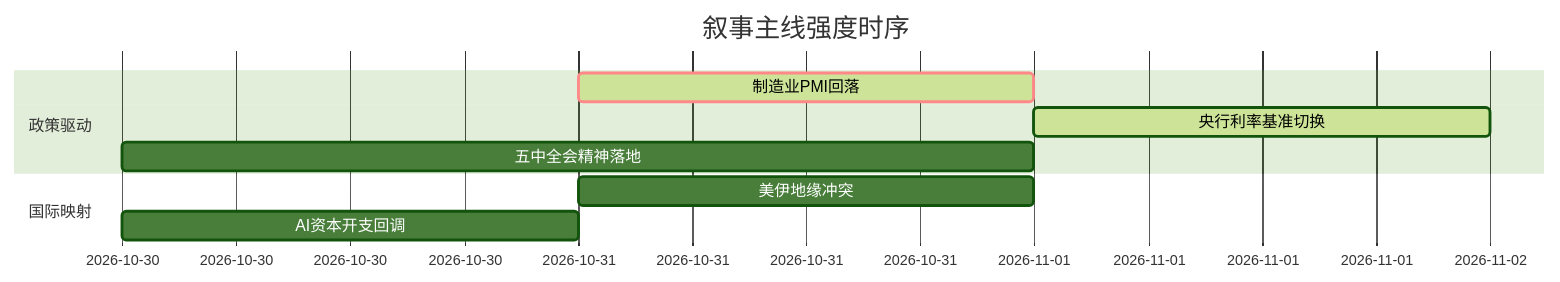
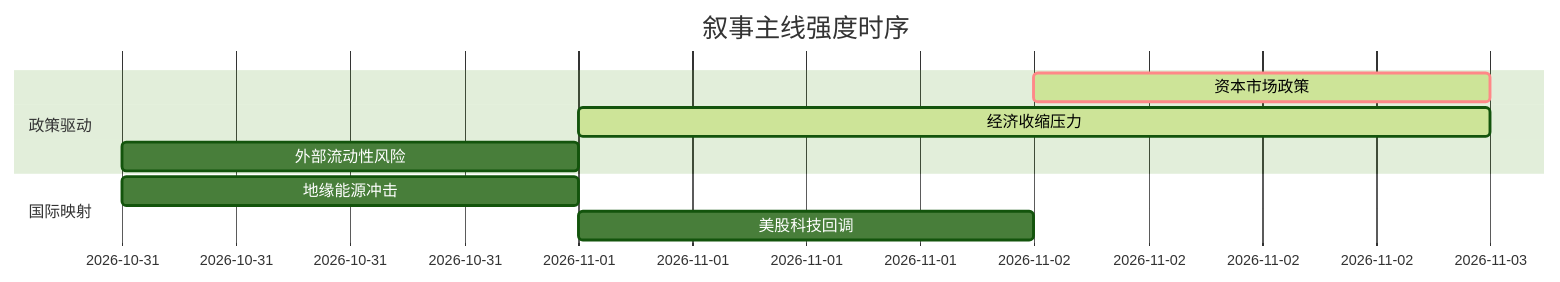
The diagram in 5day_report.md (uu5zn/uu5zn.github.io), drawn with Mermaid (forest theme) before and after one commit. The commit also changed other lines of this file and 24 other files, not shown here.

````diff
--- a/5day_report.md
+++ b/5day_report.md
@@ -59,13 +56,13 @@
 ```mermaid
 gantt
     title 叙事主线强度时序
     dateFormat  YYYY-MM-DD
     section 政策驱动
-    制造业PMI回落   :crit, active, 2026-10-31, 1d
-    央行利率基准切换 :active, 2026-11-01, 1d
-    五中全会精神落地 :2026-10-30, 2d
+    资本市场政策   :crit, active, 2026-11-02, 1d
+    经济收缩压力   :active, 2026-11-01, 2d
+    外部流动性风险 :2026-10-31, 1d
     
     section 国际映射
-    美伊地缘冲突   :2026-10-31, 1d
-    AI资本开支回调 :2026-10-30, 1d
+    地缘能源冲击   :2026-10-31, 1d
+    美股科技回调   :2026-11-01, 1d
 ```
````
